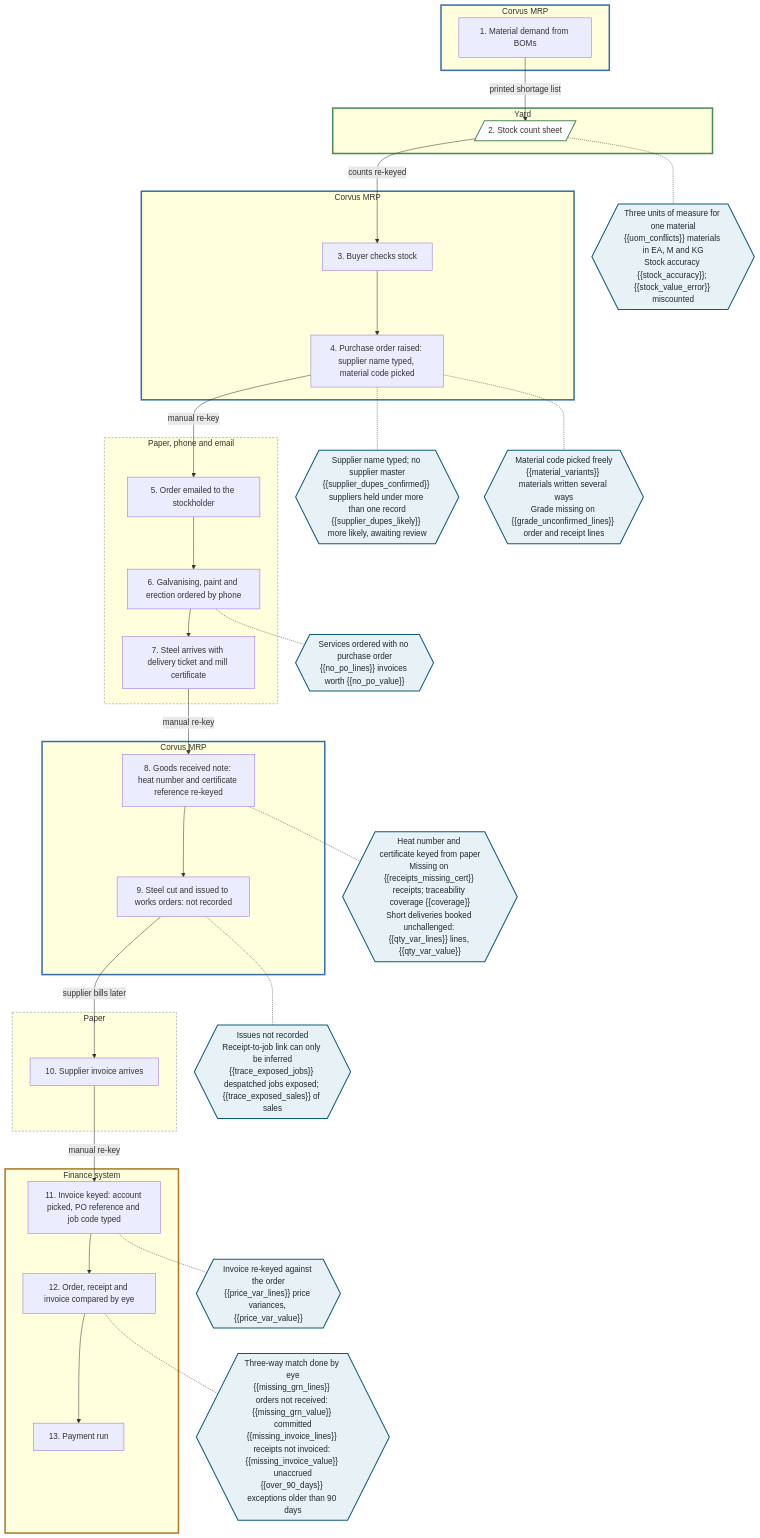
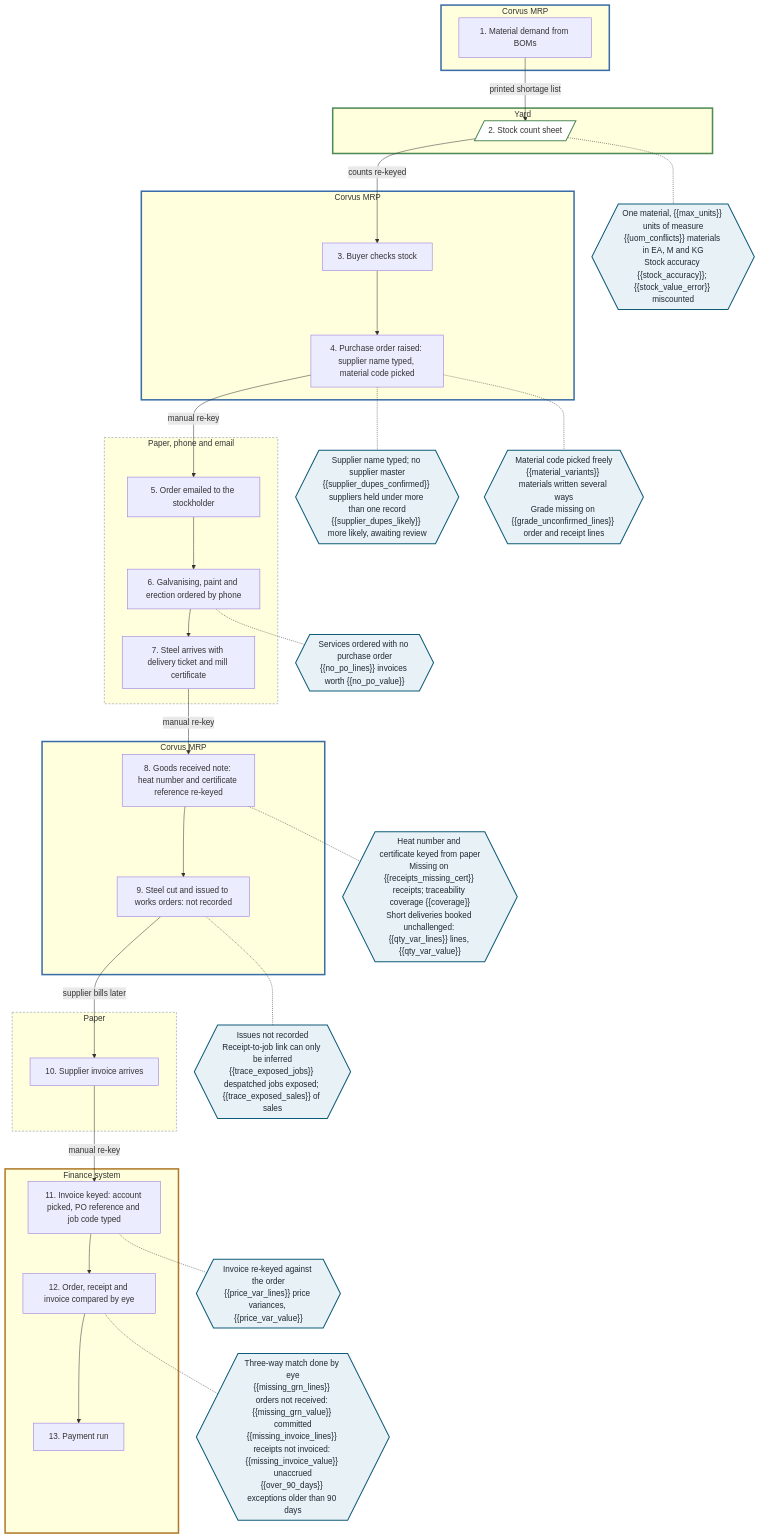
Before and after one commit to Noyalg5/fabsync: the diagram in docs/diagrams/templates/as-is-procure-to-pay.mmd, drawn with Mermaid. The commit also changed 41 other files, not shown here.

```diff
--- a/docs/diagrams/templates/as-is-procure-to-pay.mmd
+++ b/docs/diagrams/templates/as-is-procure-to-pay.mmd
@@ -1,75 +1,75 @@
 %% AS-IS procure to pay. Demonstration prototype: all data is synthetic.
 %% Steps run top to bottom. Each box is a system boundary; a new box opens every time the work
 %% crosses into another system. Figures in the break points are measured by the FabSync
 %% reconciliation of the synthetic data.
 flowchart TB
   subgraph CO1["Corvus MRP"]
     K1["1. Material demand from BOMs"]
   end
   subgraph YA1["Yard"]
     Y1[/"2. Stock count sheet"/]
   end
   subgraph CO2["Corvus MRP"]
     K2["3. Buyer checks stock"]
     K3["4. Purchase order raised: supplier name typed, material code picked"]
   end
   subgraph PA1["Paper, phone and email"]
     X1["5. Order emailed to the stockholder"]
     X2["6. Galvanising, paint and erection ordered by phone"]
     X3["7. Steel arrives with delivery ticket and mill certificate"]
   end
   subgraph CO3["Corvus MRP"]
     K4["8. Goods received note: heat number and certificate reference re-keyed"]
     K5["9. Steel cut and issued to works orders: not recorded"]
   end
   subgraph PA2["Paper"]
     X4["10. Supplier invoice arrives"]
   end
   subgraph FI1["Finance system"]
     F1["11. Invoice keyed: account picked, PO reference and job code typed"]
     F2["12. Order, receipt and invoice compared by eye"]
     F3["13. Payment run"]
   end
 
   K1 -- "printed shortage list" --> Y1
   Y1 -- "counts re-keyed" --> K2
   K2 --> K3
   K3 -- "manual re-key" --> X1
   X1 --> X2
   X2 --> X3
   X3 -- "manual re-key" --> K4
   K4 --> K5
   K5 -- "supplier bills later" --> X4
   X4 -- "manual re-key" --> F1
   F1 --> F2
   F2 --> F3
 
-  B3{{"Three units of measure for one material<br/>{{uom_conflicts}} materials in EA, M and KG<br/>Stock accuracy {{stock_accuracy}}; {{stock_value_error}} miscounted"}}
+  B3{{"One material, {{max_units}} units of measure<br/>{{uom_conflicts}} materials in EA, M and KG<br/>Stock accuracy {{stock_accuracy}}; {{stock_value_error}} miscounted"}}
   B1{{"Supplier name typed; no supplier master<br/>{{supplier_dupes_confirmed}} suppliers held under more than one record<br/>{{supplier_dupes_likely}} more likely, awaiting review"}}
   B2{{"Material code picked freely<br/>{{material_variants}} materials written several ways<br/>Grade missing on {{grade_unconfirmed_lines}} order and receipt lines"}}
   B4{{"Services ordered with no purchase order<br/>{{no_po_lines}} invoices worth {{no_po_value}}"}}
   B5{{"Heat number and certificate keyed from paper<br/>Missing on {{receipts_missing_cert}} receipts; traceability coverage {{coverage}}<br/>Short deliveries booked unchallenged: {{qty_var_lines}} lines, {{qty_var_value}}"}}
   B6{{"Issues not recorded<br/>Receipt-to-job link can only be inferred<br/>{{trace_exposed_jobs}} despatched jobs exposed; {{trace_exposed_sales}} of sales"}}
   B8{{"Invoice re-keyed against the order<br/>{{price_var_lines}} price variances, {{price_var_value}}"}}
   B9{{"Three-way match done by eye<br/>{{missing_grn_lines}} orders not received: {{missing_grn_value}} committed<br/>{{missing_invoice_lines}} receipts not invoiced: {{missing_invoice_value}} unaccrued<br/>{{over_90_days}} exceptions older than 90 days"}}
 
   Y1 -.- B3
   K3 -.- B1
   K3 -.- B2
   X2 -.- B4
   K4 -.- B5
   K5 -.- B6
   F1 -.- B8
   F2 -.- B9
 
   classDef brk fill:#E8F1F5,stroke:#0F5C7A,stroke-width:2px,color:#1F2933
   classDef sheet fill:#FFFFFF,stroke:#4F8A55,stroke-width:2px
   class B1,B2,B3,B4,B5,B6,B8,B9 brk
   class Y1 sheet
   style CO1 stroke:#3B6EA8,stroke-width:3px
   style CO2 stroke:#3B6EA8,stroke-width:3px
   style CO3 stroke:#3B6EA8,stroke-width:3px
   style FI1 stroke:#B07A2A,stroke-width:3px
   style YA1 stroke:#4F8A55,stroke-width:3px
   style PA1 stroke:#7B8794,stroke-dasharray:4 3
   style PA2 stroke:#7B8794,stroke-dasharray:4 3
```
